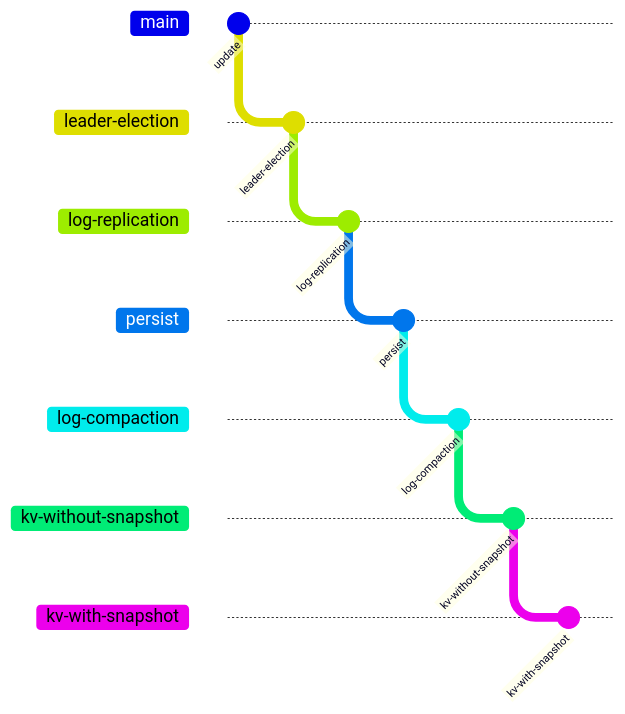
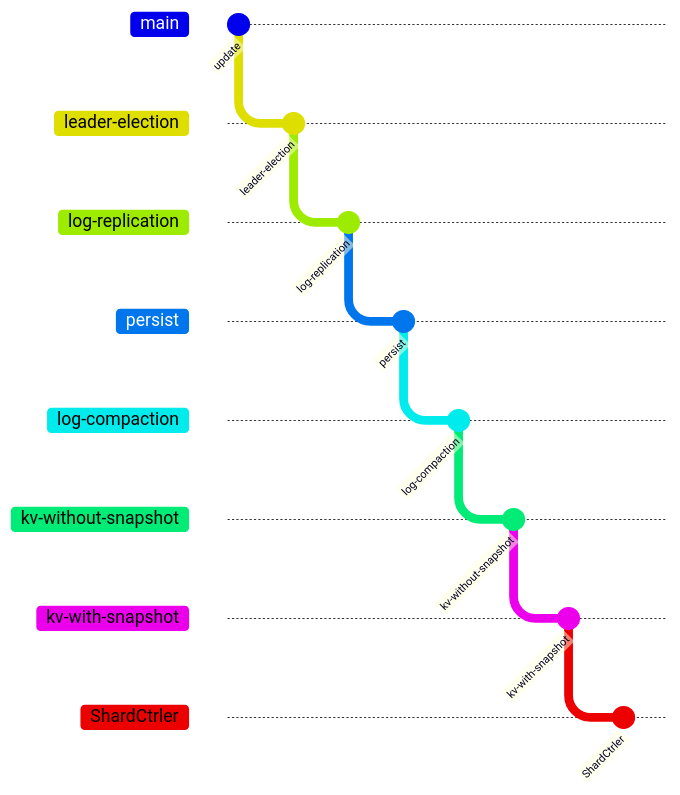
The diagram in README.md (Ferriem/6.5840), drawn with Mermaid before and after one commit. The commit also changed other lines of this file, not shown here.

````diff
--- a/README.md
+++ b/README.md
@@ -7,16 +7,18 @@
 ```mermaid
 gitGraph
 	commit id: "update"
   branch leader-election
   commit id: "leader-election"
   branch log-replication
   commit id: "log-replication"
   branch persist
   commit id: "persist"
   branch log-compaction
   commit id: "log-compaction"
   branch kv-without-snapshot
   commit id: "kv-without-snapshot"
   branch kv-with-snapshot
   commit id: "kv-with-snapshot"
+  branch ShardCtrler
+  commit id: "ShardCtrler"
 ```
````
